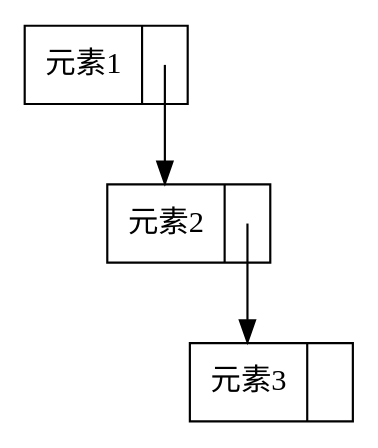
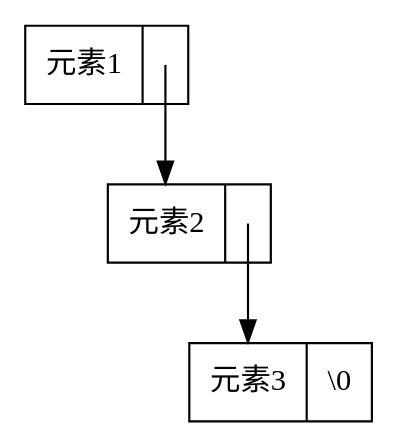
Before and after one commit to xavierwoo/data_structrues_notes: diagram 12 of 29 in src/第一章-线性结构.md, drawn with Graphviz. The commit also changed other lines of this file and 1 other file, not shown here.

````diff
--- a/src/第一章-线性结构.md
+++ b/src/第一章-线性结构.md
@@ -291,11 +304,11 @@
 ```dot
 digraph G{
     node [shape = record]
     A [label = "<data> 元素1|<p> "]
     B [label = "<data> 元素2|<p> "]
-    C [label = "<data> 元素3|<p> "]
+    C [label = "<data> 元素3|<p> \\0"]
     A:p:c -> B:data [tailclip=false]
     B:p:c -> C:data [tailclip=false]
     
 }
 ```
````
